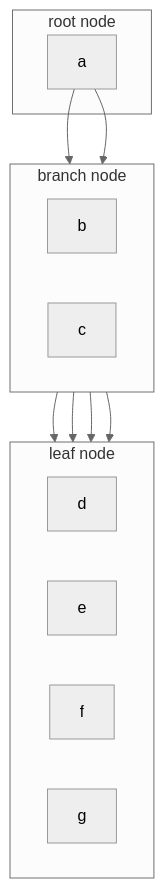
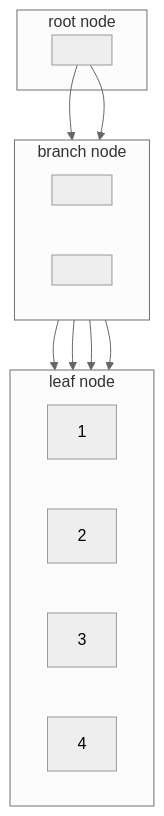
One commit to kunidesuyo/DB_index changed the first of 29 diagrams in memo.md. Above: the diagram before and after it, drawn with Mermaid (neutral theme). The commit also changed other lines of this file, not shown here.

````diff
--- a/memo.md
+++ b/memo.md
@@ -8,22 +9,22 @@
 ```mermaid
 graph TB;
   subgraph root node
-    a;
+    a[ ];
   end
   a-->b;
   a-->c;
   subgraph branch node
     direction LR;
-    b;
-    c;
+    b[ ];
+    c[ ];
   end
   b-->d & e;
   c-->f & g;
   subgraph leaf node
     direction LR;
-    d;
-    e;
-    f;
-    g;
+    d[1];
+    e[2];
+    f[3];
+    g[4];
   end
 ```
````
